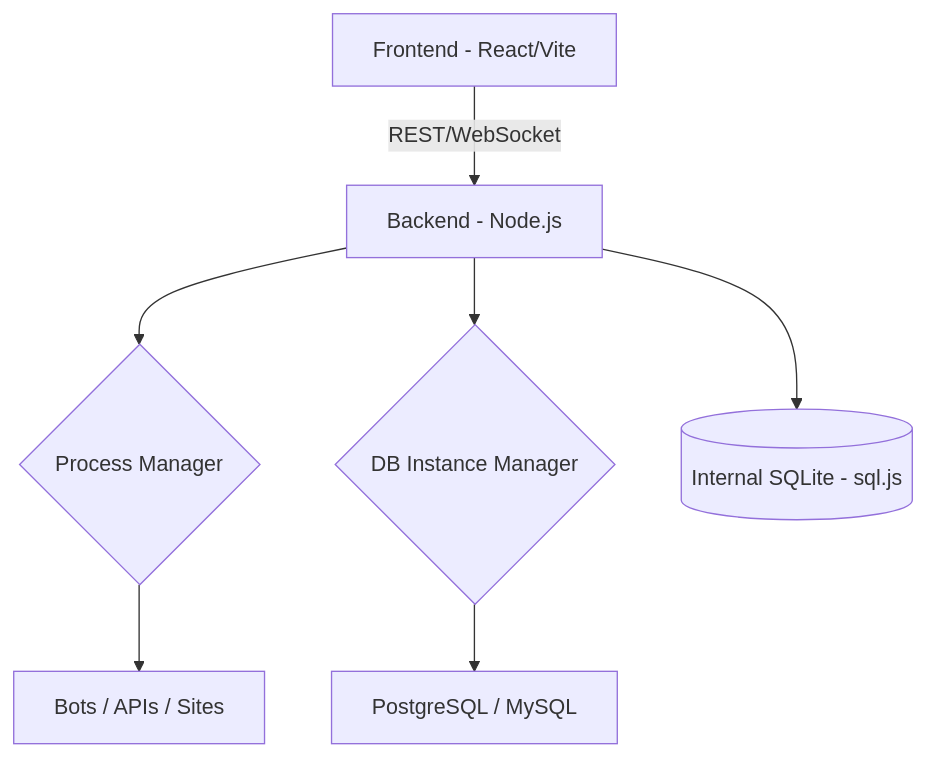
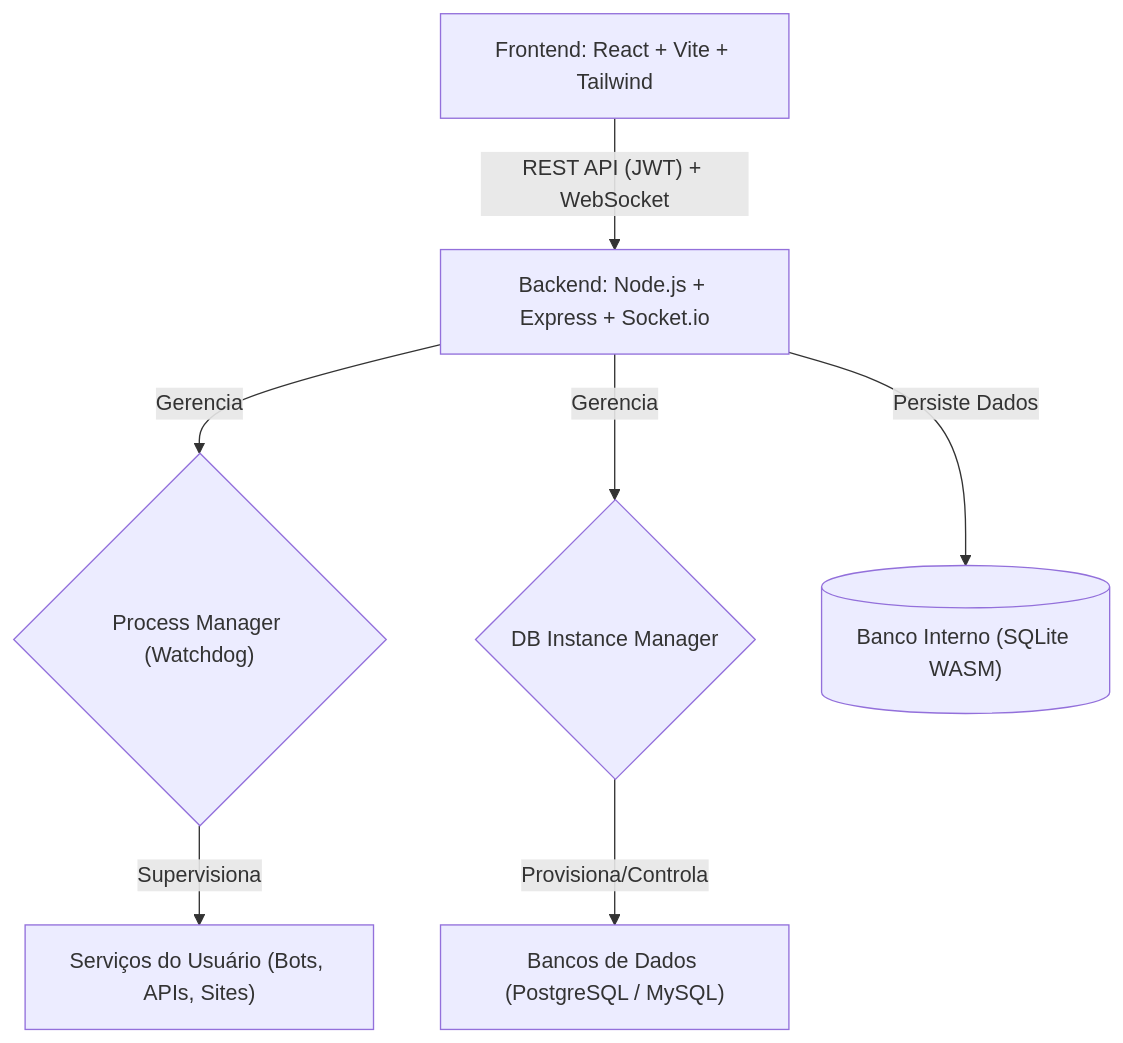
The diagram in README.md (theeussx/pterodroid), drawn with Mermaid before and after one commit. The commit also changed other lines of this file, not shown here.

````diff
--- a/README.md
+++ b/README.md
@@ -53,9 +58,9 @@
 ```mermaid
 graph TD
-    A[Frontend - React/Vite] -- REST/WebSocket --> B[Backend - Node.js]
-    B --> C{Process Manager}
-    B --> D{DB Instance Manager}
-    C --> E[Bots / APIs / Sites]
-    D --> F[PostgreSQL / MySQL]
-    B --> G[(Internal SQLite - sql.js)]
+    A[Frontend: React + Vite + Tailwind] -- REST API (JWT) + WebSocket --> B[Backend: Node.js + Express + Socket.io]
+    B -- Gerencia --> C{"Process Manager (Watchdog)"}
+    B -- Gerencia --> D{"DB Instance Manager"}
+    C -- Supervisiona --> E["Serviços do Usuário (Bots, APIs, Sites)"]
+    D -- Provisiona/Controla --> F["Bancos de Dados (PostgreSQL / MySQL)"]
+    B -- Persiste Dados --> G[("Banco Interno (SQLite WASM)")]
 ```
````
